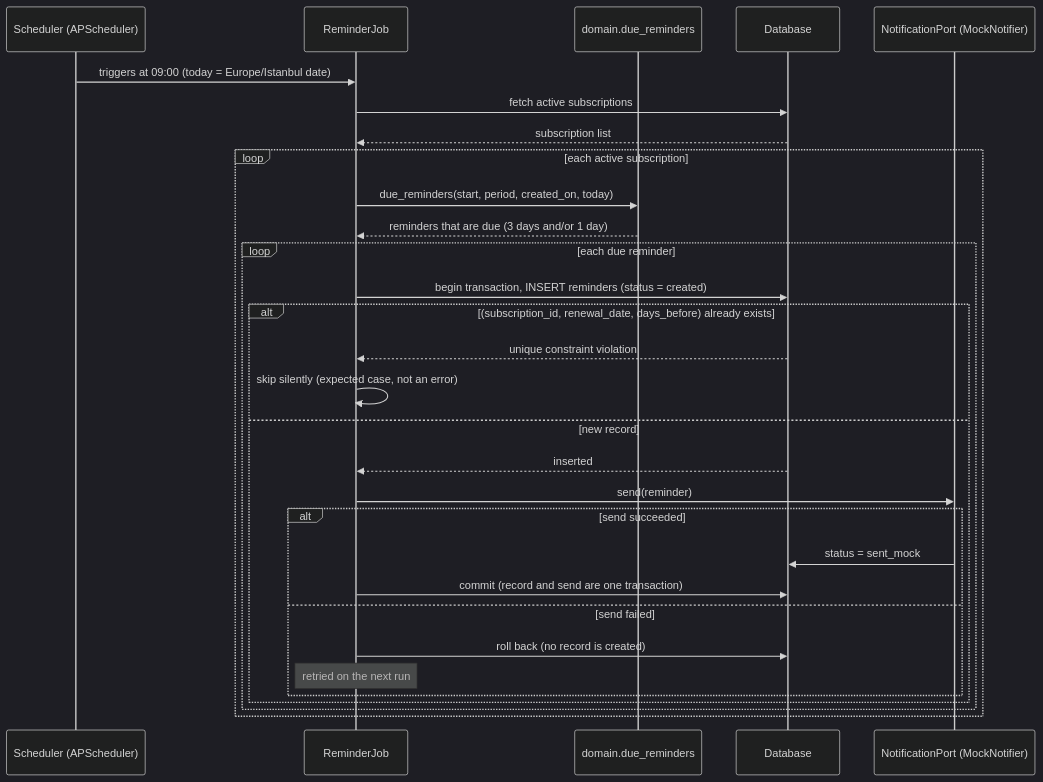
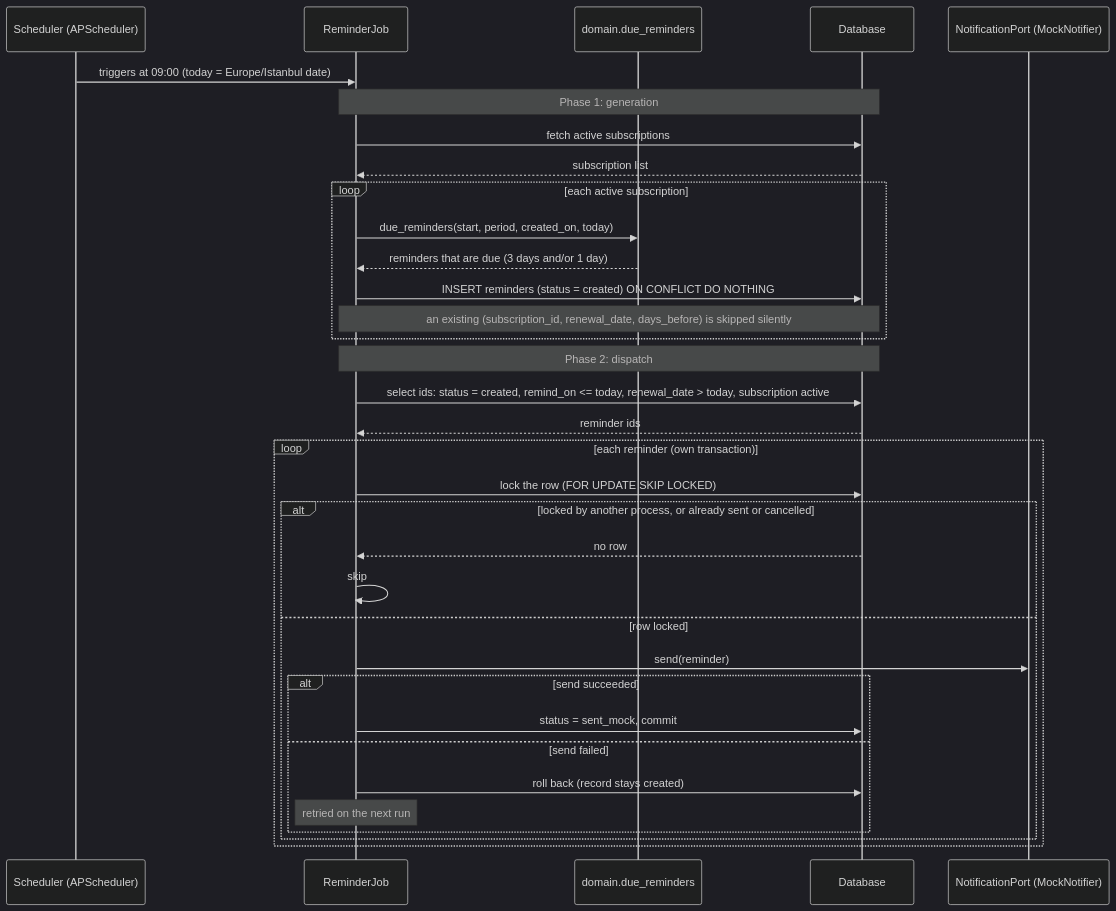
The fourth of 7 diagrams in docs/architecture/uml.md (AbonelikVeFaturaHatirlatici/abonelik-ve-fatura-hatirlatici), drawn with Mermaid (dark theme) before and after one commit. The commit also changed other lines of this file and 2 other files, not shown here.

Commit message:
docs: ADR-002, UML ve C4'ü iki aşamalı hatırlatma işi ve mobil HTTP client'a göre güncelle

````diff
--- a/docs/architecture/uml.md
+++ b/docs/architecture/uml.md
@@ -161,33 +161,37 @@
 ```mermaid
 sequenceDiagram
     participant Z as Scheduler (APScheduler)
     participant J as ReminderJob
     participant R as domain.due_reminders
     participant D as Database
     participant N as NotificationPort (MockNotifier)
 
     Z->>J: triggers at 09:00 (today = Europe/Istanbul date)
+    Note over J,D: Phase 1: generation
     J->>D: fetch active subscriptions
     D-->>J: subscription list
     loop each active subscription
         J->>R: due_reminders(start, period, created_on, today)
         R-->>J: reminders that are due (3 days and/or 1 day)
-        loop each due reminder
-            J->>D: begin transaction, INSERT reminders (status = created)
-            alt (subscription_id, renewal_date, days_before) already exists
-                D-->>J: unique constraint violation
-                J->>J: skip silently (expected case, not an error)
-            else new record
-                D-->>J: inserted
-                J->>N: send(reminder)
-                alt send succeeded
-                    N->>D: status = sent_mock
-                    J->>D: commit (record and send are one transaction)
-                else send failed
-                    J->>D: roll back (no record is created)
-                    Note over J: retried on the next run
-                end
+        J->>D: INSERT reminders (status = created) ON CONFLICT DO NOTHING
+        Note over J,D: an existing (subscription_id, renewal_date, days_before) is skipped silently
+    end
+    Note over J,D: Phase 2: dispatch
+    J->>D: select ids: status = created, remind_on <= today, renewal_date > today, subscription active
+    D-->>J: reminder ids
+    loop each reminder (own transaction)
+        J->>D: lock the row (FOR UPDATE SKIP LOCKED)
+        alt locked by another process, or already sent or cancelled
+            D-->>J: no row
+            J->>J: skip
+        else row locked
+            J->>N: send(reminder)
+            alt send succeeded
+                J->>D: status = sent_mock, commit
+            else send failed
+                J->>D: roll back (record stays created)
+                Note over J: retried on the next run
             end
         end
     end
 ```
````
